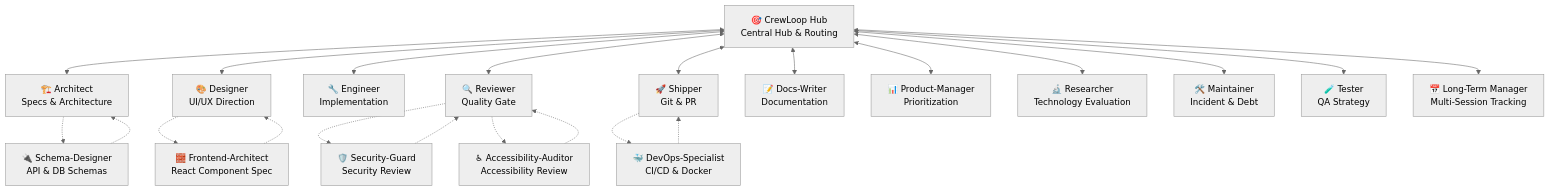
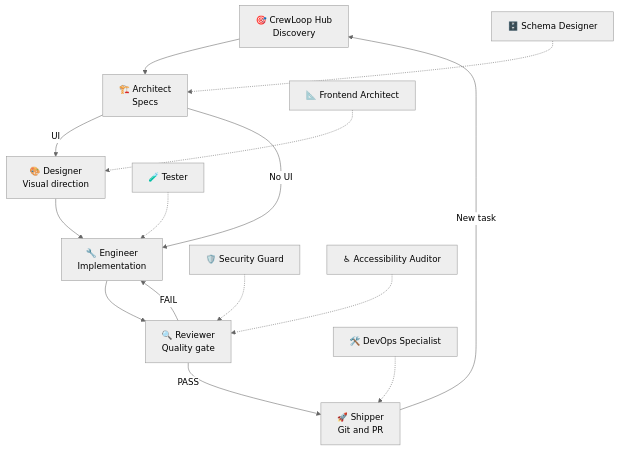
One commit to leorsousa05/CrewLoop changed the diagram in docs/public/docs/concepts/workflow.md. Above: the diagram before and after it, drawn with Mermaid (neutral theme). The commit also changed other lines of this file and 41 other files, not shown here.

````diff
--- a/docs/public/docs/concepts/workflow.md
+++ b/docs/public/docs/concepts/workflow.md
@@ -11,26 +11,18 @@
 ```mermaid
 flowchart TD
-    O["🎯 CrewLoop Hub\nCentral Hub & Routing"] <--> A["🏗️ Architect\nSpecs & Architecture"]
-    O <--> D["🎨 Designer\nUI/UX Direction"]
-    O <--> E["🔧 Engineer\nImplementation"]
-    O <--> R["🔍 Reviewer\nQuality Gate"]
-    O <--> S["🚀 Shipper\nGit & PR"]
-    O <--> W["📝 Docs-Writer\nDocumentation"]
-    O <--> PM["📊 Product-Manager\nPrioritization"]
-    O <--> RS["🔬 Researcher\nTechnology Evaluation"]
-    O <--> MN["🛠️ Maintainer\nIncident & Debt"]
-    O <--> T["🧪 Tester\nQA Strategy"]
-    O <--> LTM["📅 Long-Term Manager\nMulti-Session Tracking"]
+    H["🎯 CrewLoop Hub<br/>Discovery"] --> A["🏗️ Architect<br/>Specs"]
+    A -->|UI| D["🎨 Designer<br/>Visual direction"]
+    A -->|No UI| E["🔧 Engineer<br/>Implementation"]
+    D --> E
+    E --> R["🔍 Reviewer<br/>Quality gate"]
+    R -->|PASS| S["🚀 Shipper<br/>Git and PR"]
+    R -->|FAIL| E
+    S -->|New task| H
 
-    A -.-> SD["🔌 Schema-Designer\nAPI & DB Schemas"]
-    SD -.-> A
-    D -.-> FA["🧱 Frontend-Architect\nReact Component Spec"]
-    FA -.-> D
-    S -.-> DO["🐳 DevOps-Specialist\nCI/CD & Docker"]
-    DO -.-> S
-
-    SG["🛡️ Security-Guard\nSecurity Review"] -.-> R
-    AA["♿ Accessibility-Auditor\nAccessibility Review"] -.-> R
-    R -.-> SG
-    R -.-> AA
+    SG["🛡️ Security Guard"] -.-> R
+    AA["♿ Accessibility Auditor"] -.-> R
+    T["🧪 Tester"] -.-> E
+    SD["🗄️ Schema Designer"] -.-> A
+    FA["📐 Frontend Architect"] -.-> D
+    DO["🛠️ DevOps Specialist"] -.-> S
 ```
````
